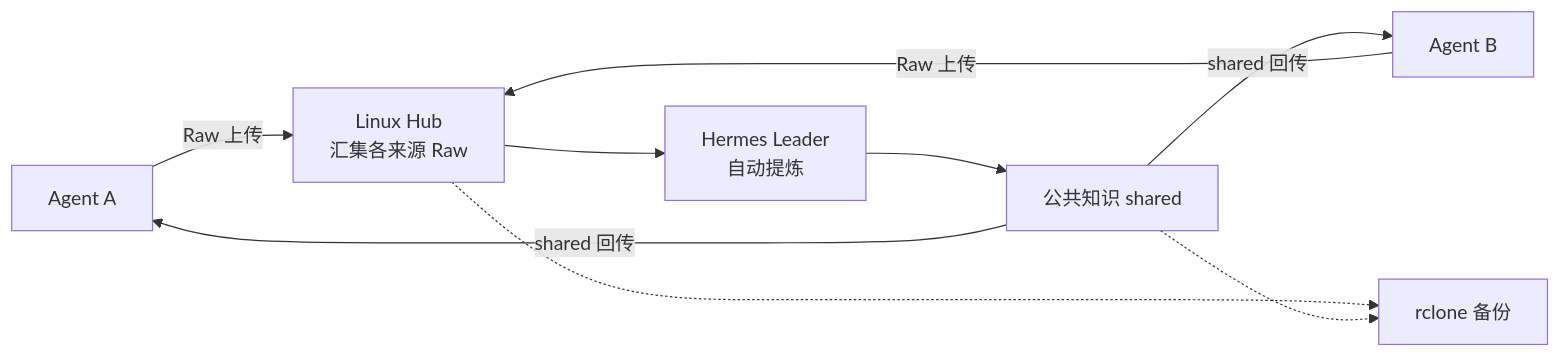
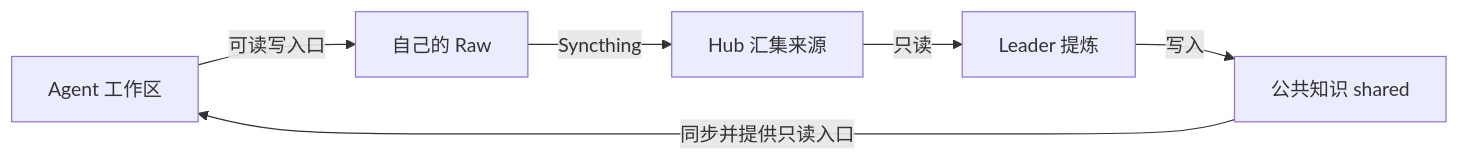
Before and after one commit to youranreus/KiokuNet: the diagram in README.md, drawn with Mermaid. The commit also changed other lines of this file and 31 other files, not shown here.

````diff
--- a/README.md
+++ b/README.md
@@ -42,11 +35,8 @@
 ```mermaid
 flowchart LR
-  A["Agent A"] -->|Raw 上传| H["Linux Hub<br/>汇集各来源 Raw"]
-  B["Agent B"] -->|Raw 上传| H
-  H --> L["Hermes Leader<br/>自动提炼"]
-  L --> S["公共知识 shared"]
-  S -->|shared 回传| A
-  S -->|shared 回传| B
-  H -.-> R["rclone 备份"]
-  S -.-> R
+  A[Agent 工作区] -->|可读写入口| R[自己的 Raw]
+  R -->|Syncthing| H[Hub 汇集来源]
+  H -->|只读| L[Leader 提炼]
+  L -->|写入| S[公共知识 shared]
+  S -->|同步并提供只读入口| A
 ```
````
